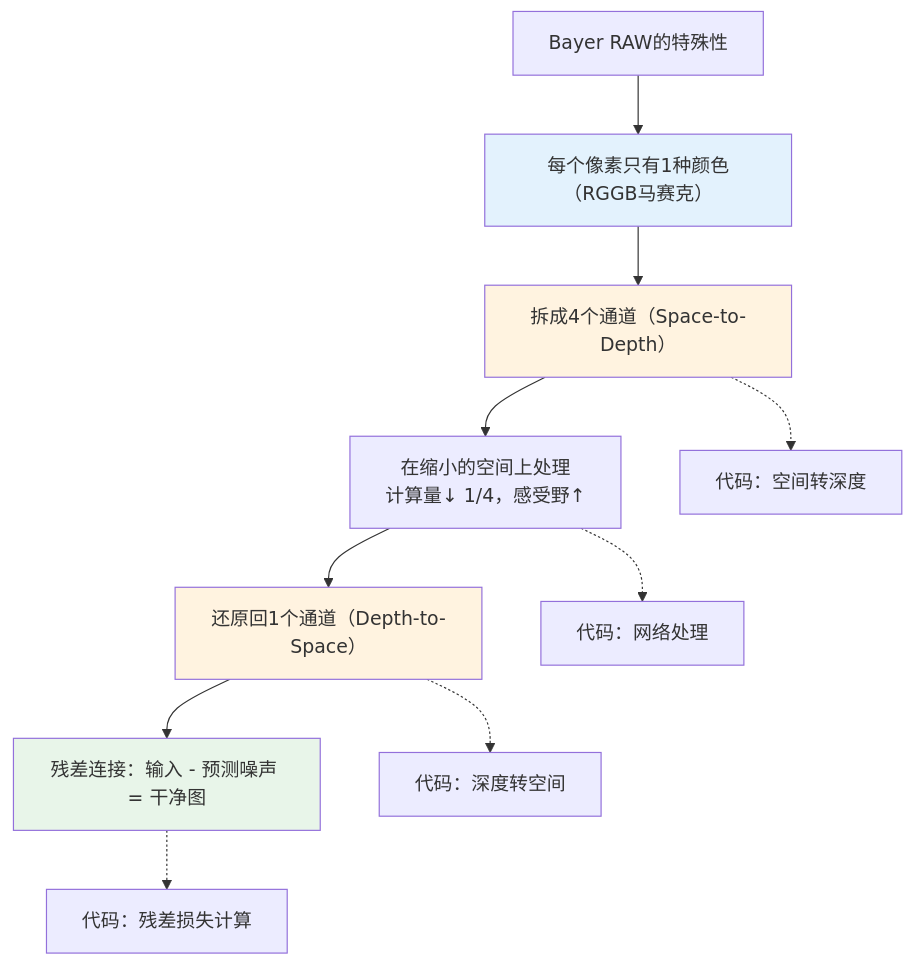
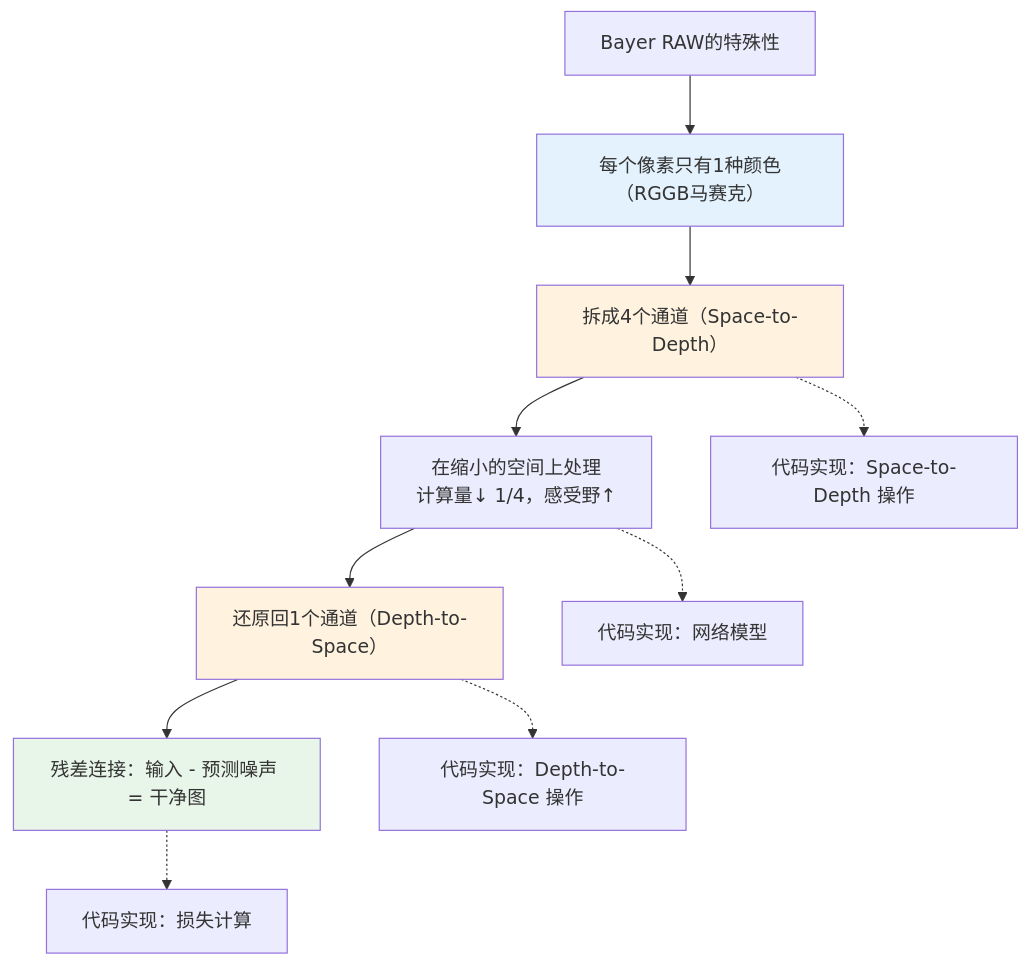
One commit to bluhuang/blogs-of-bluhuang changed the third of 3 diagrams in content/AI/4 深度学习/2.3 Bayer RAW图像的特殊处理.md. Above: the diagram before and after it, drawn with Mermaid. The commit also changed other lines of this file and 58 other files, not shown here.

````diff
--- a/content/AI/4 深度学习/2.3 Bayer RAW图像的特殊处理.md
+++ b/content/AI/4 深度学习/2.3 Bayer RAW图像的特殊处理.md
@@ -248,18 +251,18 @@
 ```mermaid
 flowchart TD
     A["Bayer RAW的特殊性"] --> B["每个像素只有1种颜色（RGGB马赛克）"]
     B --> C["拆成4个通道（Space-to-Depth）"]
     C --> D["在缩小的空间上处理<br/>计算量↓ 1/4，感受野↑"]
     D --> E["还原回1个通道（Depth-to-Space）"]
     E --> F["残差连接：输入 - 预测噪声 = 干净图"]
     
-    C -.-> G["代码：空间转深度"]
-    D -.-> H["代码：网络处理"]
-    E -.-> I["代码：深度转空间"]
-    F -.-> J["代码：残差损失计算"]
+    C -.-> G["代码实现：Space-to-Depth 操作"]
+    D -.-> H["代码实现：网络模型"]
+    E -.-> I["代码实现：Depth-to-Space 操作"]
+    F -.-> J["代码实现：损失计算"]
     
     style B fill:#e3f2fd
     style C fill:#fff3e0
     style E fill:#fff3e0
     style F fill:#e8f5e9
 ```
````
